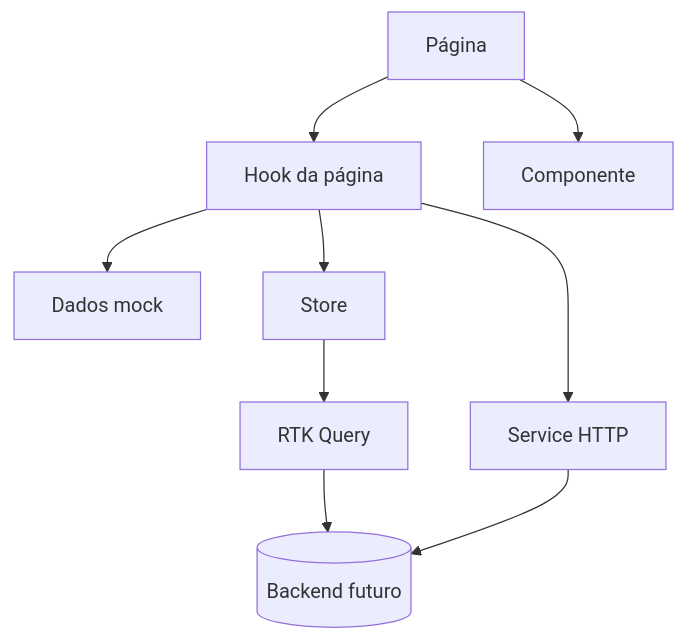
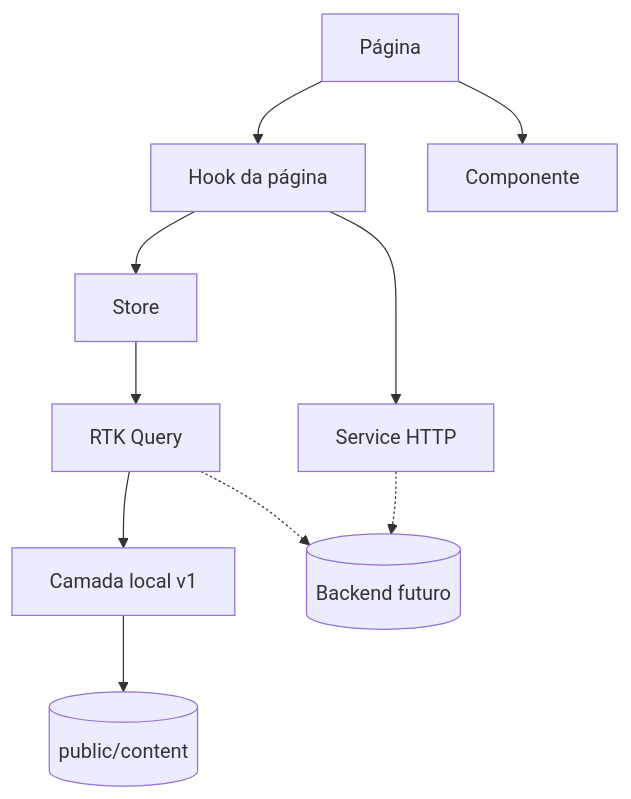
One commit to felipe-sant/portfolio-frontend changed the diagram in docs/architecture/frontend.md. Above: the diagram before and after it, drawn with Mermaid. The commit also changed other lines of this file and 1 other file, not shown here.

Commit message:
Docs :bulb: [#10] Liga o modelo de dados e o contrato no índice da documentação

````diff
--- a/docs/architecture/frontend.md
+++ b/docs/architecture/frontend.md
@@ -7,11 +7,12 @@
 ```mermaid
 flowchart TD
     Page[Página] --> Hook[Hook da página]
     Page --> Component[Componente]
-    Hook --> Mock[Dados mock]
     Hook --> Store[Store]
     Store --> Api[RTK Query]
     Hook --> Service[Service HTTP]
-    Api --> Backend[(Backend futuro)]
-    Service --> Backend
+    Api --> Local[Camada local v1]
+    Local --> Content[(public/content)]
+    Api -.-> Backend[(Backend futuro)]
+    Service -.-> Backend
 ```
````
